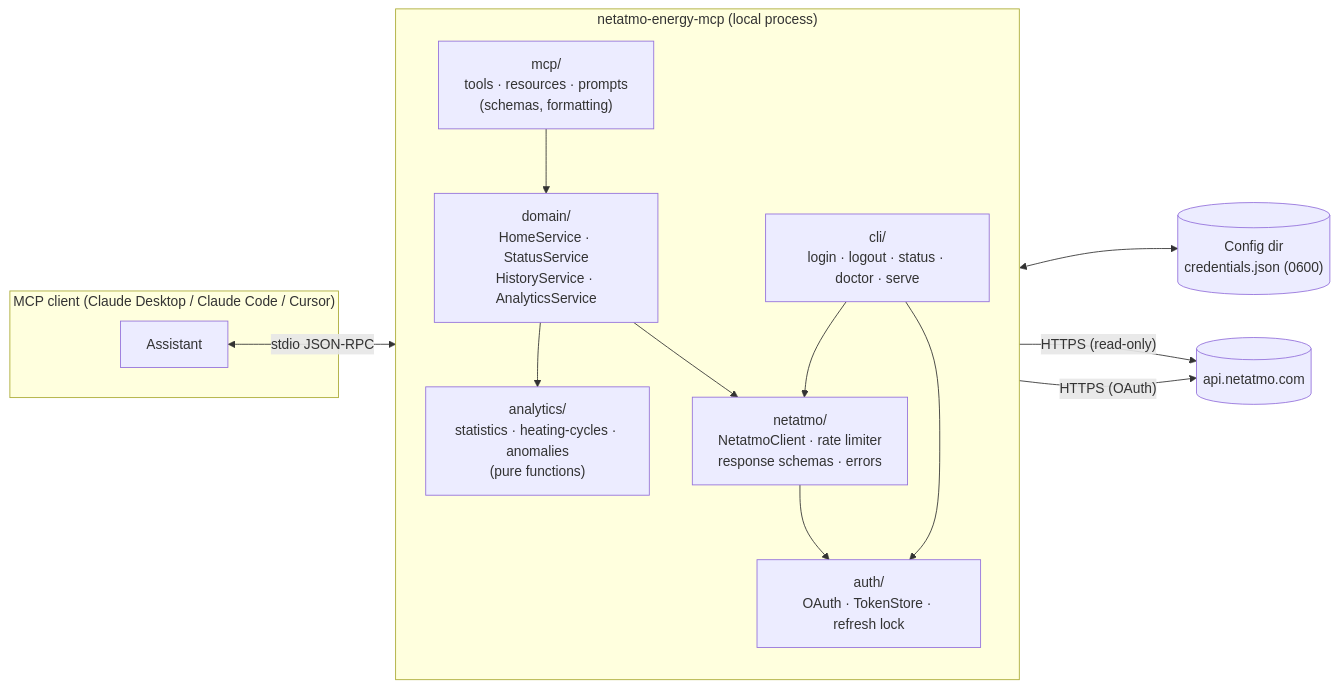
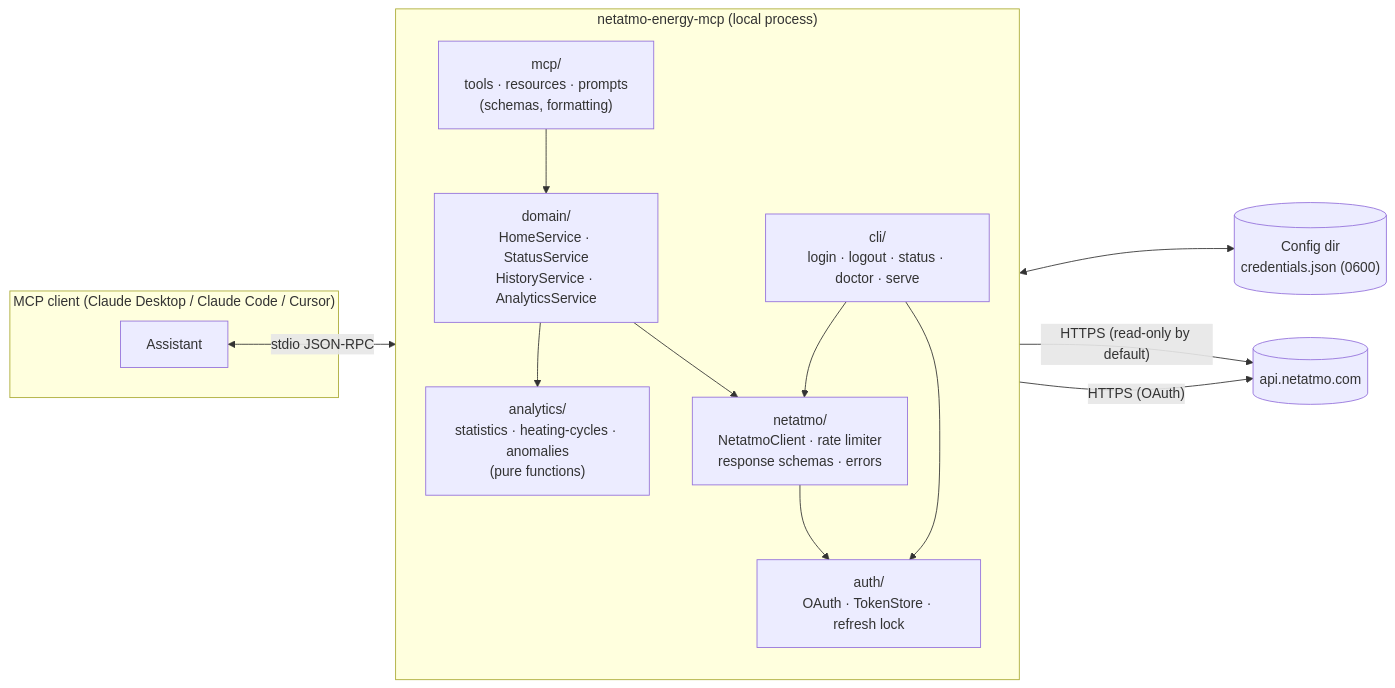
Before and after one commit to christophe77/netatmo-energy-mcp: the first of 3 diagrams in docs/architecture.md, drawn with Mermaid. The commit also changed other lines of this file and 44 other files, not shown here.

````diff
--- a/docs/architecture.md
+++ b/docs/architecture.md
@@ -25,30 +26,30 @@
 ```mermaid
 flowchart LR
   subgraph Client["MCP client (Claude Desktop / Claude Code / Cursor)"]
     LLM[Assistant]
   end
 
   subgraph Proc["netatmo-energy-mcp (local process)"]
     direction TB
     MCP["mcp/<br/>tools · resources · prompts<br/>(schemas, formatting)"]
     SVC["domain/<br/>HomeService · StatusService<br/>HistoryService · AnalyticsService"]
     AN["analytics/<br/>statistics · heating-cycles · anomalies<br/>(pure functions)"]
     NC["netatmo/<br/>NetatmoClient · rate limiter<br/>response schemas · errors"]
     AUTH["auth/<br/>OAuth · TokenStore · refresh lock"]
     CLI["cli/<br/>login · logout · status · doctor · serve"]
   end
 
   FS[("Config dir<br/>credentials.json (0600)")]
   NA[("api.netatmo.com")]
 
   LLM <-- "stdio JSON-RPC" --> MCP
   MCP --> SVC
   SVC --> AN
   SVC --> NC
   NC --> AUTH
   AUTH <--> FS
   CLI --> AUTH
   CLI --> NC
-  NC -- "HTTPS (read-only)" --> NA
+  NC -- "HTTPS (read-only by default)" --> NA
   AUTH -- "HTTPS (OAuth)" --> NA
 ```
````
